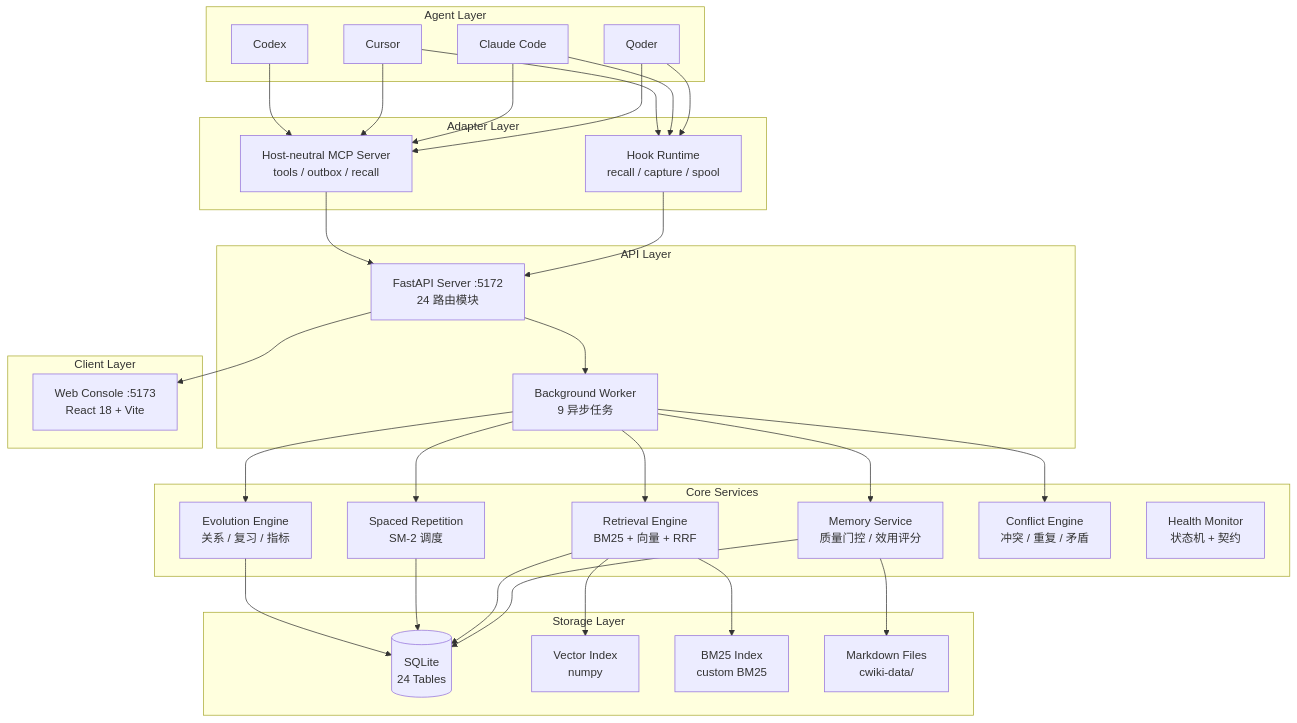
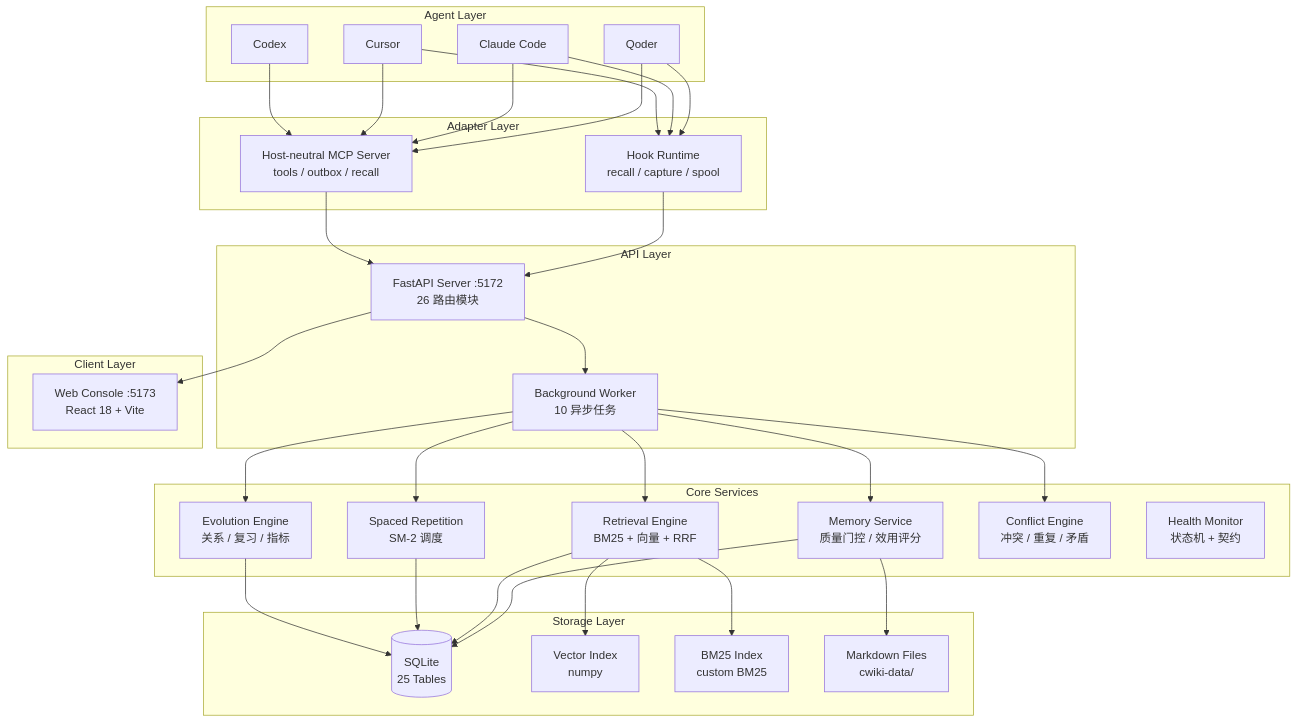
One commit to Chance-Wu/cwiki changed the diagram in docs/architecture.md. Above: the diagram before and after it, drawn with Mermaid. The commit also changed other lines of this file and 25 other files, not shown here.

````diff
--- a/docs/architecture.md
+++ b/docs/architecture.md
@@ -5,66 +5,66 @@
 ```mermaid
 graph TB
     subgraph "Agent Layer"
         Qoder[Qoder]
         Claude[Claude Code]
         Cursor[Cursor]
         Codex[Codex]
     end
 
     subgraph "Adapter Layer"
         MCP[Host-neutral MCP Server<br/>tools / outbox / recall]
         Hooks[Hook Runtime<br/>recall / capture / spool]
     end
 
     subgraph "API Layer"
-        API[FastAPI Server :5172<br/>24 路由模块]
-        Worker[Background Worker<br/>9 异步任务]
+        API[FastAPI Server :5172<br/>26 路由模块]
+        Worker[Background Worker<br/>10 异步任务]
     end
 
     subgraph "Core Services"
         Memory[Memory Service<br/>质量门控 / 效用评分]
         Retrieval[Retrieval Engine<br/>BM25 + 向量 + RRF]
         Spaced[Spaced Repetition<br/>SM-2 调度]
         Evolution[Evolution Engine<br/>关系 / 复习 / 指标]
         Conflict[Conflict Engine<br/>冲突 / 重复 / 矛盾]
         Health[Health Monitor<br/>状态机 + 契约]
     end
 
     subgraph "Storage Layer"
-        DB[(SQLite<br/>24 Tables)]
+        DB[(SQLite<br/>25 Tables)]
         Vector[Vector Index<br/>numpy]
         BM25[BM25 Index<br/>custom BM25]
         Files[Markdown Files<br/>cwiki-data/]
     end
 
     subgraph "Client Layer"
         WebUI[Web Console :5173<br/>React 18 + Vite]
     end
 
     Qoder --> MCP
     Claude --> MCP
     Cursor --> MCP
     Codex --> MCP
     Qoder --> Hooks
     Claude --> Hooks
     Cursor --> Hooks
     Hooks --> API
     MCP --> API
 
     API --> Worker
     Worker --> Memory
     Worker --> Retrieval
     Worker --> Spaced
     Worker --> Evolution
     Worker --> Conflict
 
     Memory --> DB
     Memory --> Files
     Retrieval --> Vector
     Retrieval --> BM25
     Retrieval --> DB
     Spaced --> DB
     Evolution --> DB
 
     API --> WebUI
 ```
````
